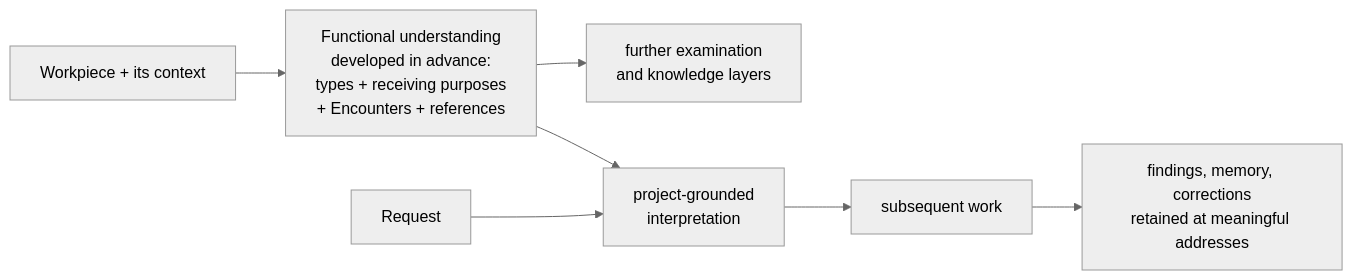
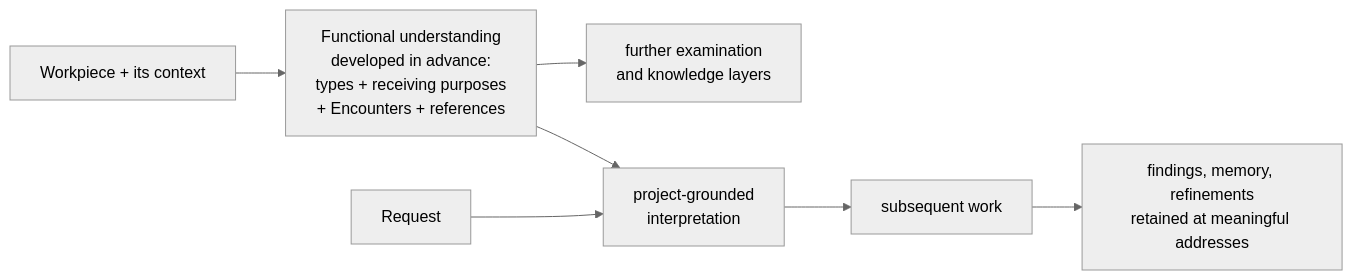
Before and after one commit to RchGrav/metaform: the second of 3 diagrams in README.md, drawn with Mermaid (neutral theme). The commit also changed other lines of this file and 71 other files, not shown here.

````diff
--- a/README.md
+++ b/README.md
@@ -87,9 +87,9 @@
 ```mermaid
 flowchart LR
     W["Workpiece + its context"] --> U["Functional understanding<br/>developed in advance:<br/>types + receiving purposes<br/>+ Encounters + references"]
     U --> K["further examination<br/>and knowledge layers"]
     U --> I["project-grounded<br/>interpretation"]
     R["Request"] --> I
     I --> S["subsequent work"]
-    S --> F["findings, memory, corrections<br/>retained at meaningful addresses"]
+    S --> F["findings, memory, refinements<br/>retained at meaningful addresses"]
 ```
````
